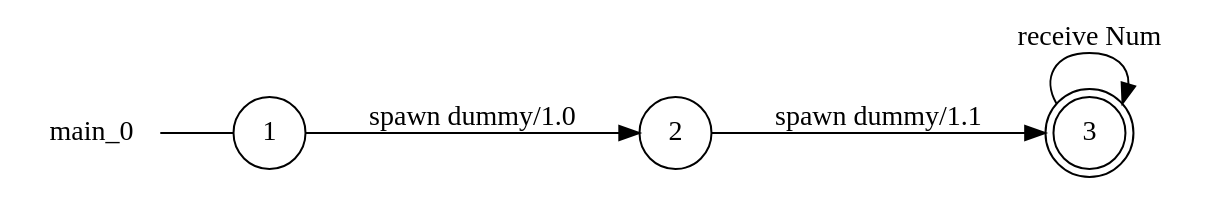
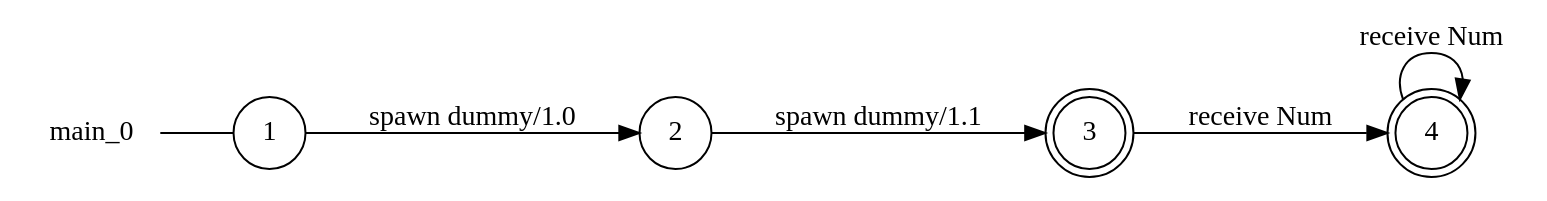
One commit to gabrielegenovese/chorer changed the diagram in examples/for-loop-recursion/main_0_local_view.dot. Above: the diagram before and after it, drawn with Graphviz. The commit also changed 37 other files, not shown here.

```diff
--- a/examples/for-loop-recursion/main_0_local_view.dot
+++ b/examples/for-loop-recursion/main_0_local_view.dot
@@ -1,12 +1,14 @@
 digraph main_0 {
 	rankdir="LR";
 	n_0 [label="main_0", shape="plaintext"];
 	n_1 [id="1", shape=circle, label="1"];
 	n_0 -> n_1 [arrowhead=none];
 	n_2 [id="2", shape=circle, label="2"];
-	n_3 [id="3", shape=doublecircle, label="3"];
+	n_3 [id="4", shape=doublecircle, label="3"];
+	n_4 [id="3", shape=doublecircle, label="4"];
 
-	n_2 -> n_3 [id="[$e|4]", label="spawn dummy/1.1"];
+	n_3 -> n_4 [id="[$e|3]", label="receive Num"];
 	n_1 -> n_2 [id="[$e|0]", label="spawn dummy/1.0"];
-	n_3 -> n_3 [id="[$e|2]", label="receive Num"];
+	n_4 -> n_4 [id="[$e|2]", label="receive Num"];
+	n_2 -> n_3 [id="[$e|1]", label="spawn dummy/1.1"];
 }
```
